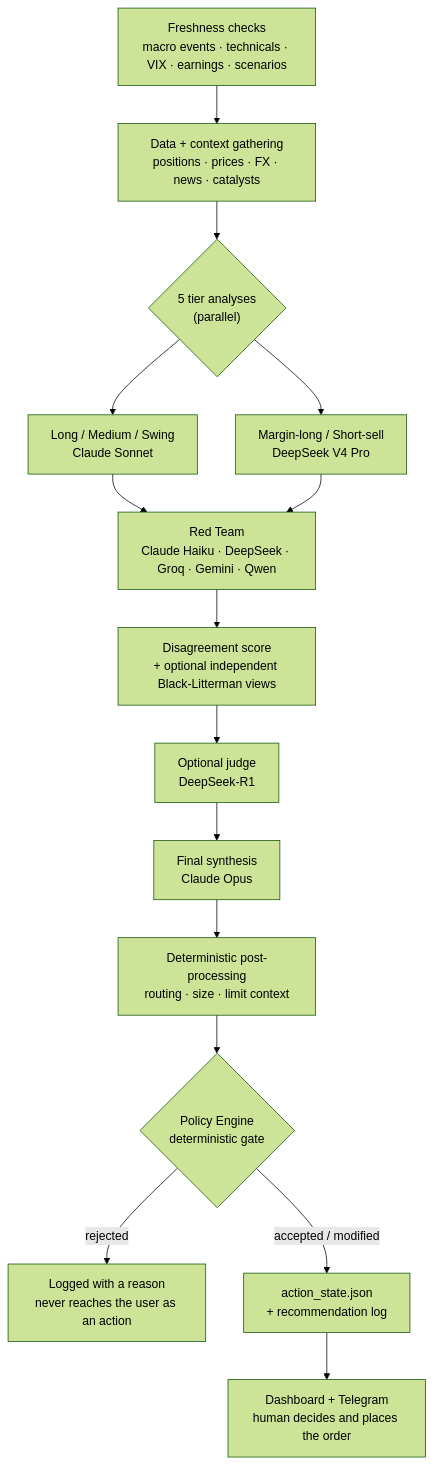
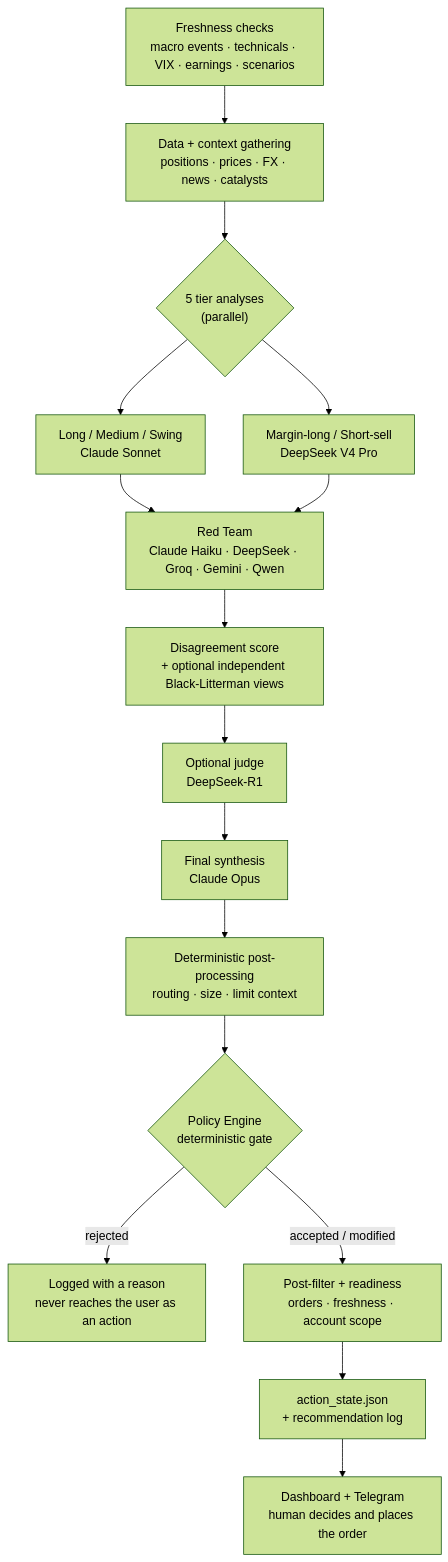
One commit to quant-almanac/almanac changed the diagram in README.md. Above: the diagram before and after it, drawn with Mermaid (forest theme). The commit also changed other lines of this file and 3 other files, not shown here.

````diff
--- a/README.md
+++ b/README.md
@@ -52,17 +52,18 @@
 ```mermaid
 flowchart TD
     A["Freshness checks<br/>macro events · technicals · VIX · earnings · scenarios"] --> B["Data + context gathering<br/>positions · prices · FX · news · catalysts"]
     B --> C{"5 tier analyses<br/>(parallel)"}
     C --> C1["Long / Medium / Swing<br/>Claude Sonnet"]
     C --> C2["Margin-long / Short-sell<br/>DeepSeek V4 Pro"]
     C1 --> D["Red Team<br/>Claude Haiku · DeepSeek · Groq · Gemini · Qwen"]
     C2 --> D
     D --> E["Disagreement score<br/>+ optional independent Black-Litterman views"]
     E --> F["Optional judge<br/>DeepSeek-R1"]
     F --> G["Final synthesis<br/>Claude Opus"]
     G --> H["Deterministic post-processing<br/>routing · size · limit context"]
     H --> I{"Policy Engine<br/>deterministic gate"}
     I -->|rejected| J["Logged with a reason<br/>never reaches the user as an action"]
-    I -->|accepted / modified| K["action_state.json<br/>+ recommendation log"]
+    I -->|accepted / modified| M["Post-filter + readiness<br/>orders · freshness · account scope"]
+    M --> K["action_state.json<br/>+ recommendation log"]
     K --> L["Dashboard + Telegram<br/>human decides and places the order"]
 ```
````
